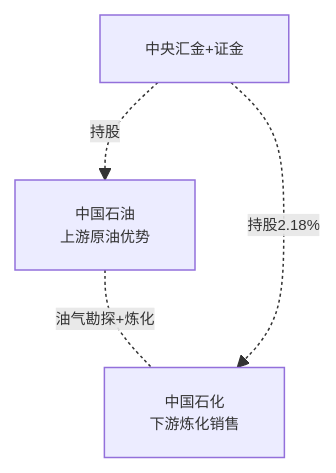
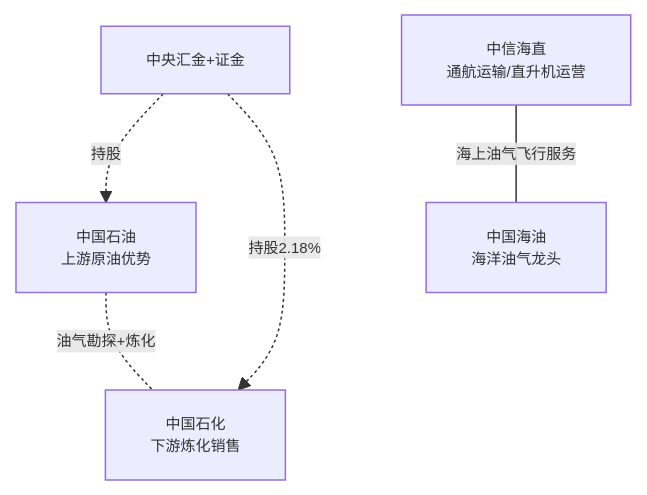
One commit to zhangbo1882/open-industry changed diagram 21 of 23 in industry/wiki/syntheses/公司关联图谱.md. Above: the diagram before and after it, drawn with Mermaid. The commit also changed other lines of this file and 7 other files, not shown here.

````diff
--- a/industry/wiki/syntheses/公司关联图谱.md
+++ b/industry/wiki/syntheses/公司关联图谱.md
@@ -1360,14 +1363,18 @@
 ```mermaid
 %%{init: {'themeVariables': {'fontSize': '10px'}}}%%
 graph TB
     中国石油[中国石油<br/>上游原油优势]
     中国石化[中国石化<br/>下游炼化销售]
     国家队[中央汇金+证金]
 
     中国石油 -.-|油气勘探+炼化| 中国石化
     国家队 -.->|持股| 中国石油
     国家队 -.->|持股2.18%| 中国石化
+    中国海油[中国海油<br/>海洋油气龙头]
+    中信海直[中信海直<br/>通航运输/直升机运营]
+
+    中信海直 ---|海上油气飞行服务| 中国海油
 
     classDef personnel fill:#ff6b6b,color:#fff,stroke:#c92a2a
     classDef competition fill:#ffd43b,color:#333,stroke:#fab005
 ```
````
